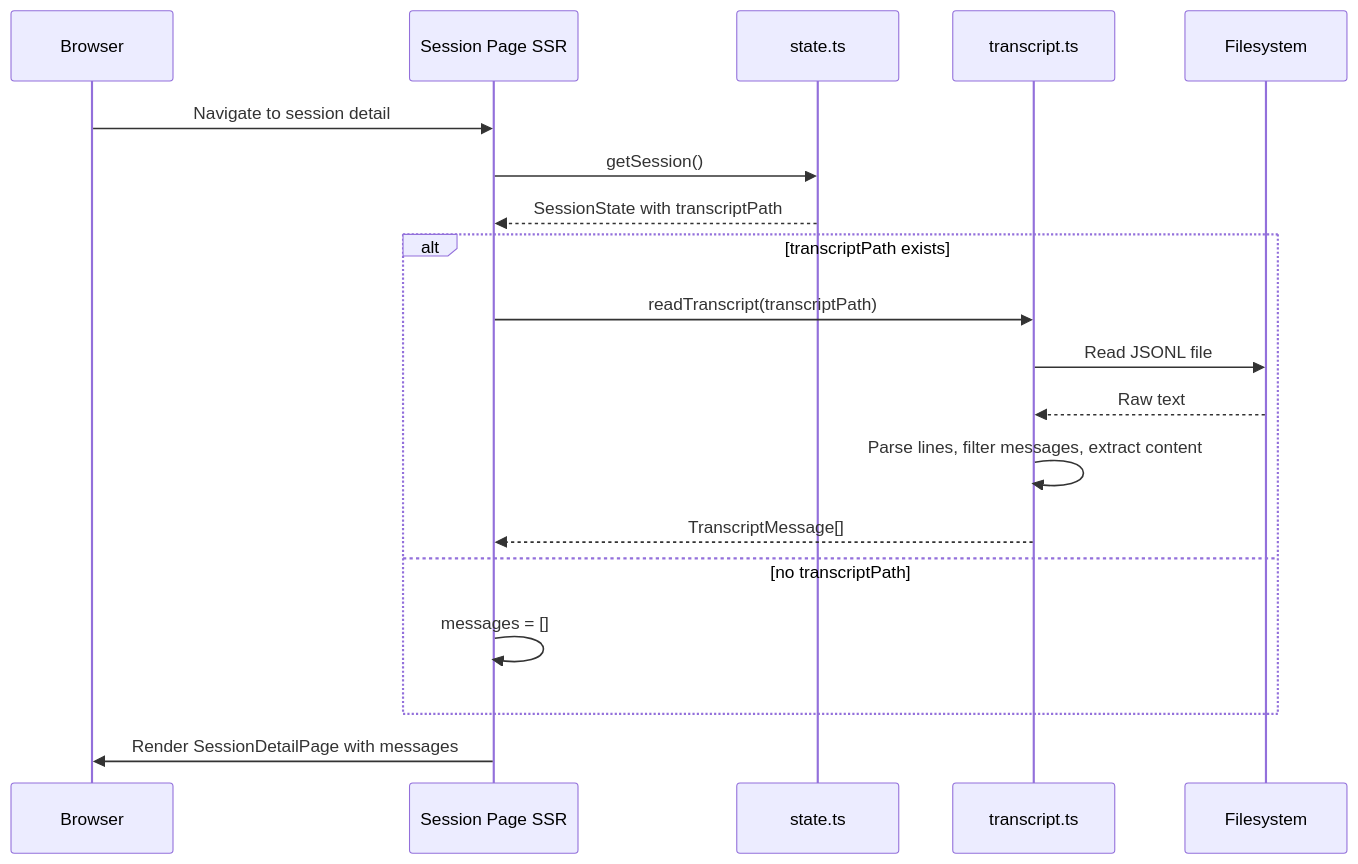
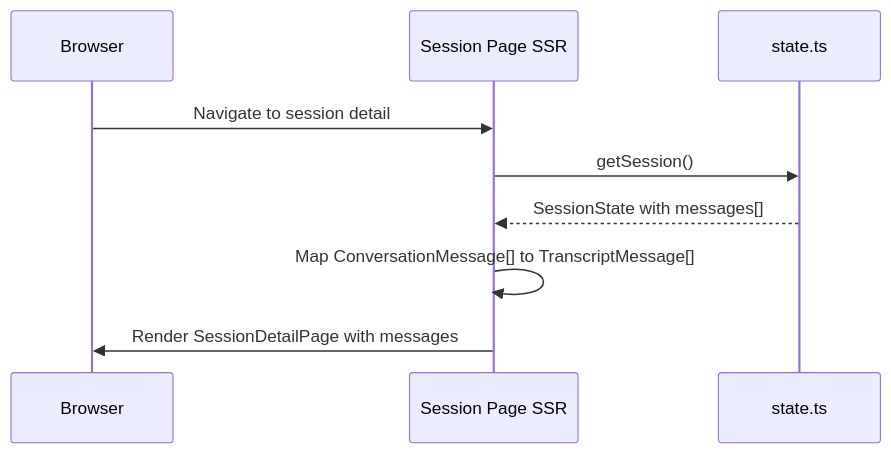
Before and after one commit to amhuppert/remote-ai-manager: the second of 3 diagrams in .kiro/specs/transcript-viewer/design.md, drawn with Mermaid. The commit also changed other lines of this file and 44 other files, not shown here.

````diff
--- a/.kiro/specs/transcript-viewer/design.md
+++ b/.kiro/specs/transcript-viewer/design.md
@@ -80,22 +81,12 @@
 ```mermaid
 sequenceDiagram
     participant Browser
     participant Page as Session Page SSR
     participant State as state.ts
-    participant TR as transcript.ts
-    participant FS as Filesystem
 
     Browser->>Page: Navigate to session detail
     Page->>State: getSession()
-    State-->>Page: SessionState with transcriptPath
-    alt transcriptPath exists
-        Page->>TR: readTranscript(transcriptPath)
-        TR->>FS: Read JSONL file
-        FS-->>TR: Raw text
-        TR->>TR: Parse lines, filter messages, extract content
-        TR-->>Page: TranscriptMessage[]
-    else no transcriptPath
-        Page->>Page: messages = []
-    end
+    State-->>Page: SessionState with messages[]
+    Page->>Page: Map ConversationMessage[] to TranscriptMessage[]
     Page->>Browser: Render SessionDetailPage with messages
 ```
````
